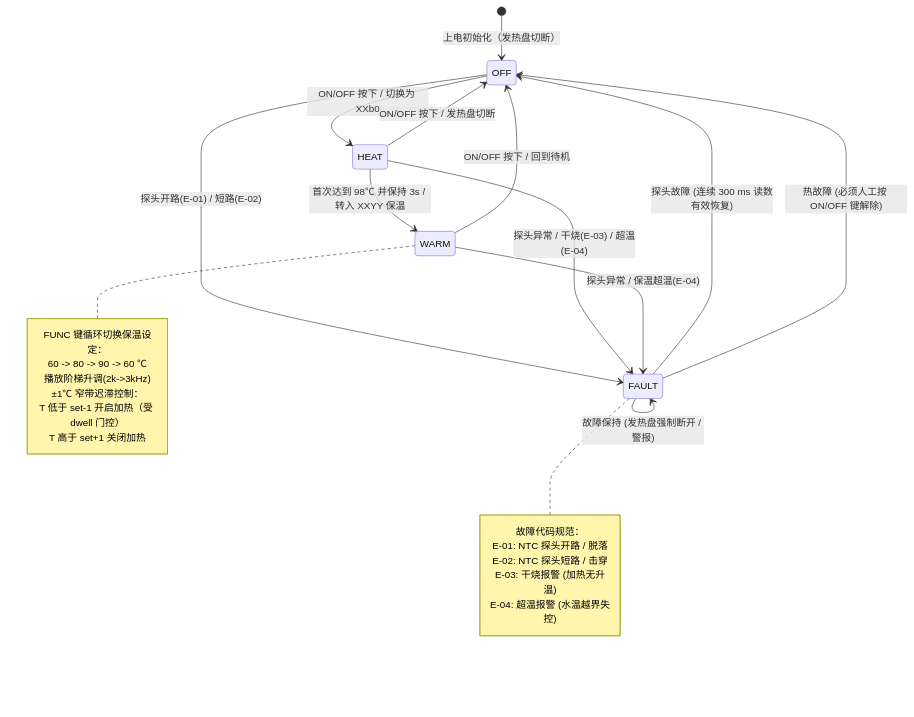
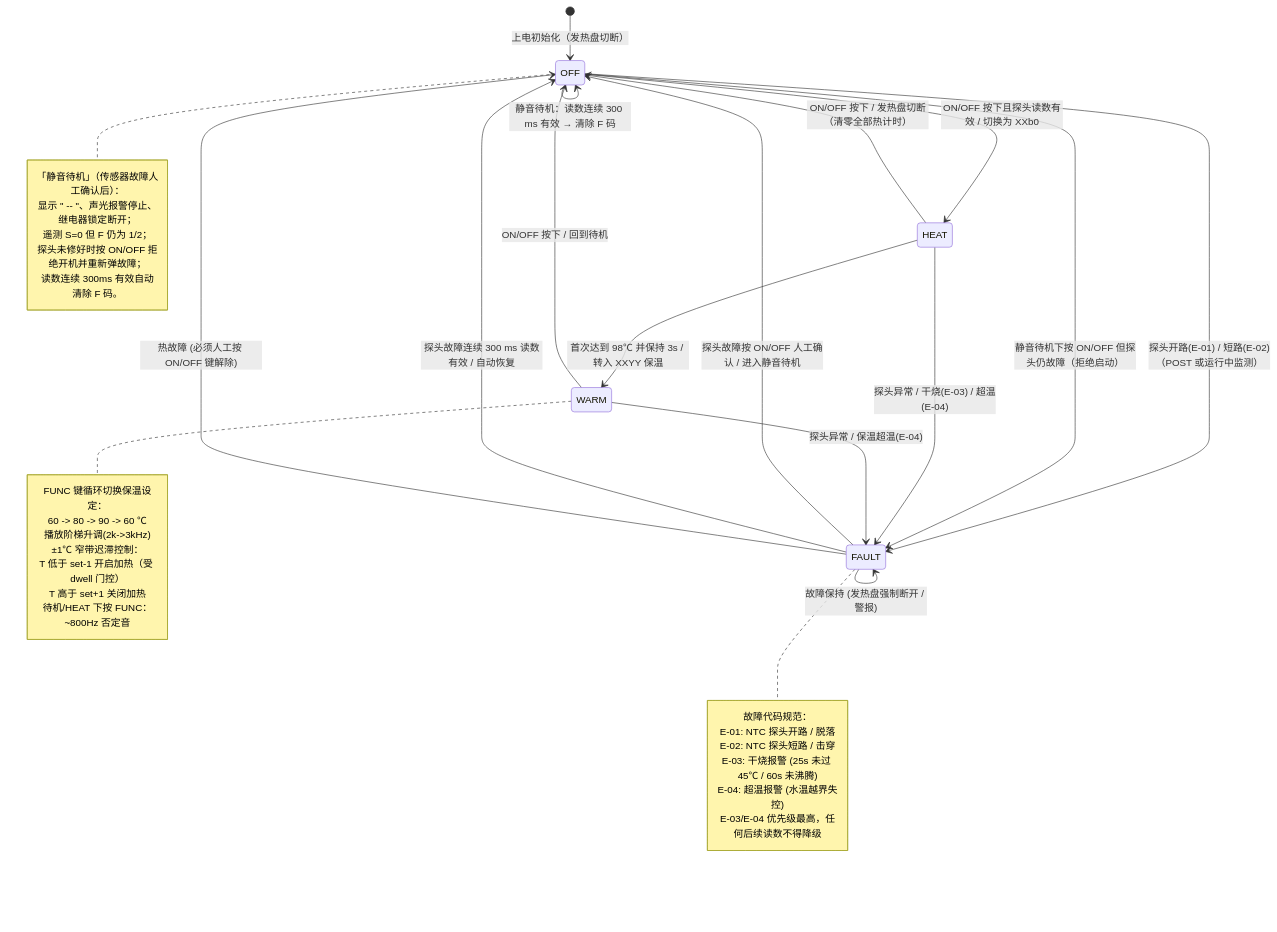
Before and after one commit to wink-cloud-hub/wink-ai-embedded: the diagram in wink-micro-app/mcs51_health_pot/docs/DESIGN.md, drawn with Mermaid. The commit also changed other lines of this file and 1 other file, not shown here.

````diff
--- a/wink-micro-app/mcs51_health_pot/docs/DESIGN.md
+++ b/wink-micro-app/mcs51_health_pot/docs/DESIGN.md
@@ -89,35 +92,49 @@
 ```mermaid
 stateDiagram-v2
     [*] --> OFF : 上电初始化（发热盘切断）
 
-    OFF --> HEAT : ON/OFF 按下 / 切换为 XXb0
-    OFF --> FAULT : 探头开路(E-01) / 短路(E-02)
+    OFF --> HEAT : ON/OFF 按下且探头读数有效 / 切换为 XXb0
+    OFF --> FAULT : 探头开路(E-01) / 短路(E-02)（POST 或运行中监测）
+    OFF --> FAULT : 静音待机下按 ON/OFF 但探头仍故障（拒绝启动）
 
-    HEAT --> OFF : ON/OFF 按下 / 发热盘切断
+    HEAT --> OFF : ON/OFF 按下 / 发热盘切断（清零全部热计时）
     HEAT --> WARM : 首次达到 98℃ 并保持 3s / 转入 XXYY 保温
     HEAT --> FAULT : 探头异常 / 干烧(E-03) / 超温(E-04)
 
     WARM --> OFF : ON/OFF 按下 / 回到待机
     WARM --> FAULT : 探头异常 / 保温超温(E-04)
+
+    FAULT --> OFF : 探头故障按 ON/OFF 人工确认 / 进入静音待机
+    FAULT --> OFF : 探头故障连续 300 ms 读数有效 / 自动恢复
+    FAULT --> OFF : 热故障 (必须人工按 ON/OFF 键解除)
+    FAULT --> FAULT : 故障保持 (发热盘强制断开 / 警报)
+
+    OFF --> OFF : 静音待机：读数连续 300 ms 有效 → 清除 F 码
 
     note right of WARM
         FUNC 键循环切换保温设定：
         60 -> 80 -> 90 -> 60 ℃
         播放阶梯升调(2k->3kHz)
         ±1℃ 窄带迟滞控制：
         T 低于 set-1 开启加热（受 dwell 门控）
         T 高于 set+1 关闭加热
+        待机/HEAT 下按 FUNC：~800Hz 否定音
     end note
 
-    FAULT --> OFF : 探头故障 (连续 300 ms 读数有效恢复)
-    FAULT --> OFF : 热故障 (必须人工按 ON/OFF 键解除)
-    FAULT --> FAULT : 故障保持 (发热盘强制断开 / 警报)
+    note right of OFF
+        「静音待机」（传感器故障人工确认后）：
+        显示 " -- "、声光报警停止、继电器锁定断开；
+        遥测 S=0 但 F 仍为 1/2；
+        探头未修好时按 ON/OFF 拒绝开机并重新弹故障；
+        读数连续 300ms 有效自动清除 F 码。
+    end note
 
     note right of FAULT
         故障代码规范：
         E-01: NTC 探头开路 / 脱落
         E-02: NTC 探头短路 / 击穿
-        E-03: 干烧报警 (加热无升温)
+        E-03: 干烧报警 (25s 未过 45℃ / 60s 未沸腾)
         E-04: 超温报警 (水温越界失控)
+        E-03/E-04 优先级最高，任何后续读数不得降级
     end note
 ```
````
